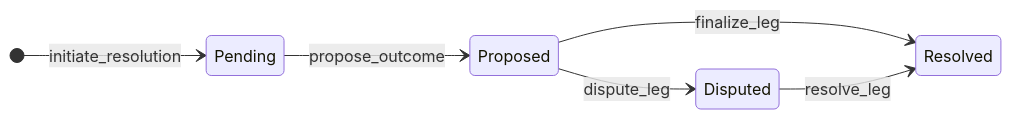
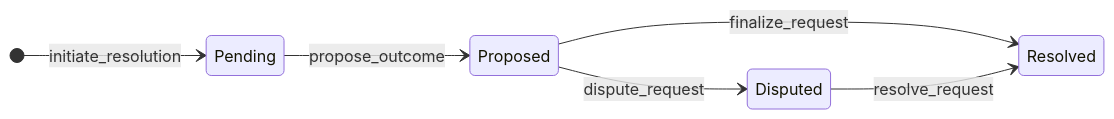
The diagram in docs/resolution_design.md (joaomoa/outcome), drawn with Mermaid before and after one commit. The commit also changed other lines of this file and 8 other files, not shown here.

First line of the commit message:
Resolve multi-leg requests as parlays with request-level settlement.

````diff
--- a/docs/resolution_design.md
+++ b/docs/resolution_design.md
@@ -5,9 +11,9 @@
 ```mermaid
 stateDiagram-v2
     direction LR
     [*] --> Pending: initiate_resolution
     Pending --> Proposed: propose_outcome
-    Proposed --> Resolved: finalize_leg
-    Proposed --> Disputed: dispute_leg
-    Disputed --> Resolved: resolve_leg
+    Proposed --> Resolved: finalize_request
+    Proposed --> Disputed: dispute_request
+    Disputed --> Resolved: resolve_request
 ```
````
